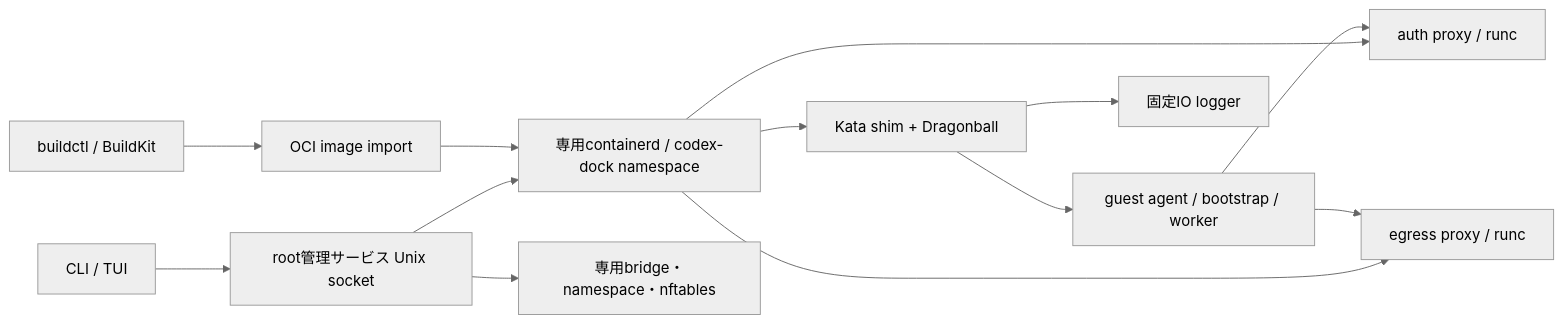
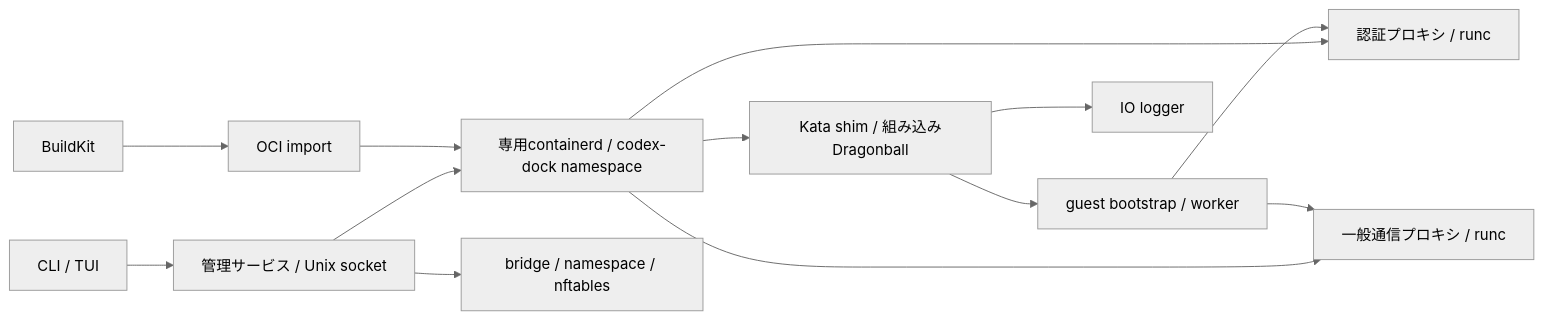
The diagram in doc/architecture.md (pacificbelt30/sandbox-codex), drawn with Mermaid (neutral theme) before and after one commit. The commit also changed other lines of this file and 50 other files, not shown here.

Commit message:
docs: organize Kata setup, operation and proxy guides

````diff
--- a/doc/architecture.md
+++ b/doc/architecture.md
@@ -5,15 +9,15 @@
 ```mermaid
 flowchart LR
-  CLI[CLI / TUI] --> Node[root管理サービス Unix socket]
+  CLI[CLI / TUI] --> Node[管理サービス / Unix socket]
   Node --> CD[専用containerd / codex-dock namespace]
-  CD --> Kata[Kata shim + Dragonball]
-  Kata --> VM[guest agent / bootstrap / worker]
-  Kata --> Log[固定IO logger]
-  CD --> Auth[auth proxy / runc]
-  CD --> Forward[egress proxy / runc]
+  CD --> Kata[Kata shim / 組み込みDragonball]
+  Kata --> VM[guest bootstrap / worker]
+  Kata --> Log[IO logger]
+  CD --> Auth[認証プロキシ / runc]
+  CD --> Egress[一般通信プロキシ / runc]
   VM --> Auth
-  VM --> Forward
-  Node --> Net[専用bridge・namespace・nftables]
-  Build[buildctl / BuildKit] --> OCI[OCI image import]
+  VM --> Egress
+  Node --> Net[bridge / namespace / nftables]
+  Build[BuildKit] --> OCI[OCI import]
   OCI --> CD
 ```
````
